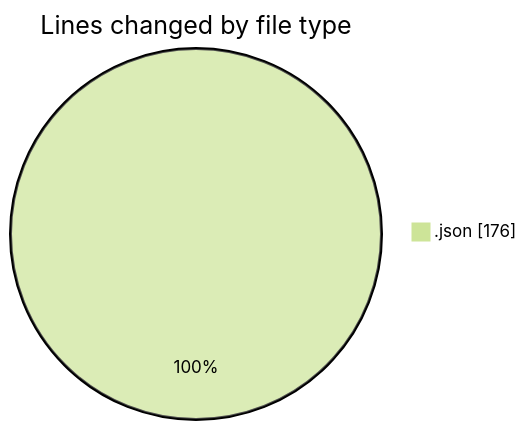
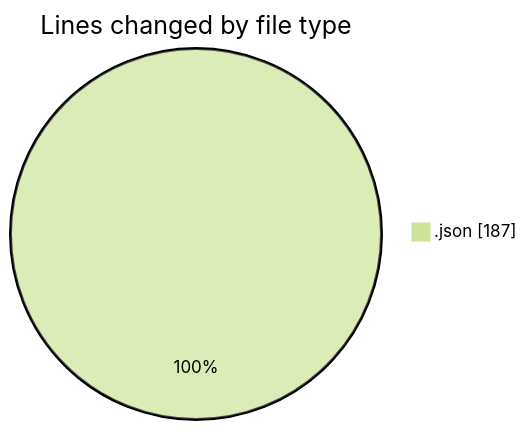
One commit to EIIisD/code-tracking changed the first of 2 diagrams in 2025-07-29/refunds/README.md. Above: the diagram before and after it, drawn with Mermaid (forest theme). The commit also changed other lines of this file and 1 other file, not shown here.

````diff
--- a/2025-07-29/refunds/README.md
+++ b/2025-07-29/refunds/README.md
@@ -20,5 +20,5 @@
 ```mermaid
 pie showData
 title Lines changed by file type
-".json" : 176
+".json" : 187
 ```
````
